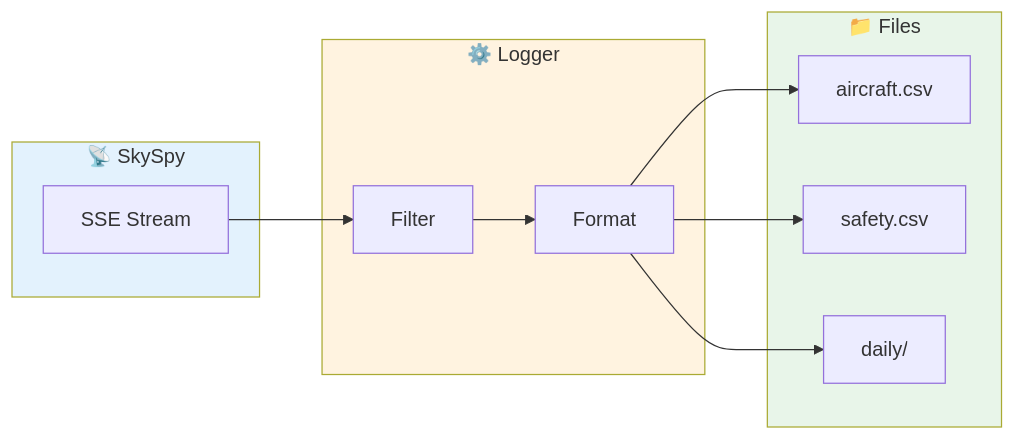
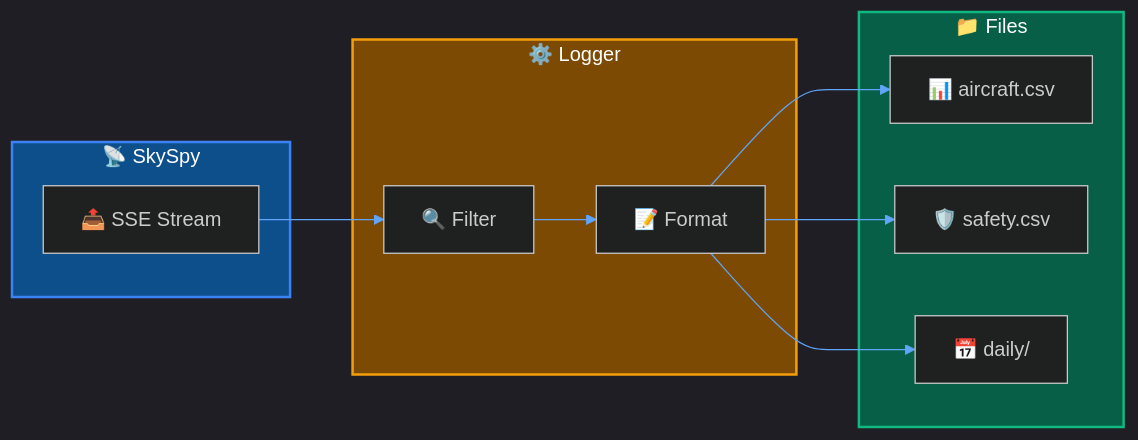
The diagram in docs/Recipes/export-csv.md (CHA0S-CORP/SkySpyDocs), drawn with Mermaid before and after one commit. The commit also changed 11 other files, not shown here.

````diff
--- a/docs/Recipes/export-csv.md
+++ b/docs/Recipes/export-csv.md
@@ -10,27 +10,28 @@
 ```mermaid
+%%{init: {'theme': 'dark', 'themeVariables': { 'primaryColor': '#1e3a5f', 'primaryTextColor': '#fff', 'primaryBorderColor': '#3b82f6', 'lineColor': '#60a5fa'}}}%%
 flowchart LR
     subgraph Input["📡 SkySpy"]
-        SSE[SSE Stream]
+        SSE["📤 SSE Stream"]
     end
 
     subgraph Processing["⚙️ Logger"]
-        FILTER[Filter]
-        FORMAT[Format]
+        FILTER["🔍 Filter"]
+        FORMAT["📝 Format"]
     end
 
     subgraph Output["📁 Files"]
-        CSV[aircraft.csv]
-        SAFETY[safety.csv]
-        DAILY[daily/]
+        CSV["📊 aircraft.csv"]
+        SAFETY["🛡️ safety.csv"]
+        DAILY["📅 daily/"]
     end
 
     SSE --> FILTER
     FILTER --> FORMAT
     FORMAT --> CSV
     FORMAT --> SAFETY
     FORMAT --> DAILY
 
-    style Input fill:#e3f2fd
-    style Processing fill:#fff3e0
-    style Output fill:#e8f5e9
+    style Input fill:#0d4f8b,stroke:#3b82f6,stroke-width:2px,color:#fff
+    style Processing fill:#7c4a03,stroke:#f59e0b,stroke-width:2px,color:#fff
+    style Output fill:#065f46,stroke:#10b981,stroke-width:2px,color:#fff
 ```
````
